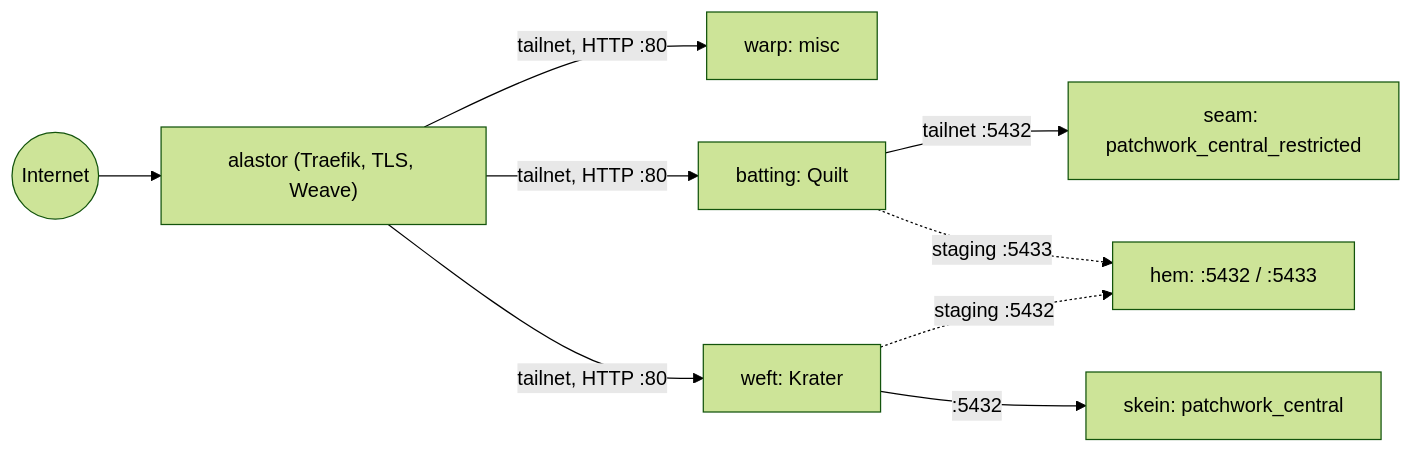
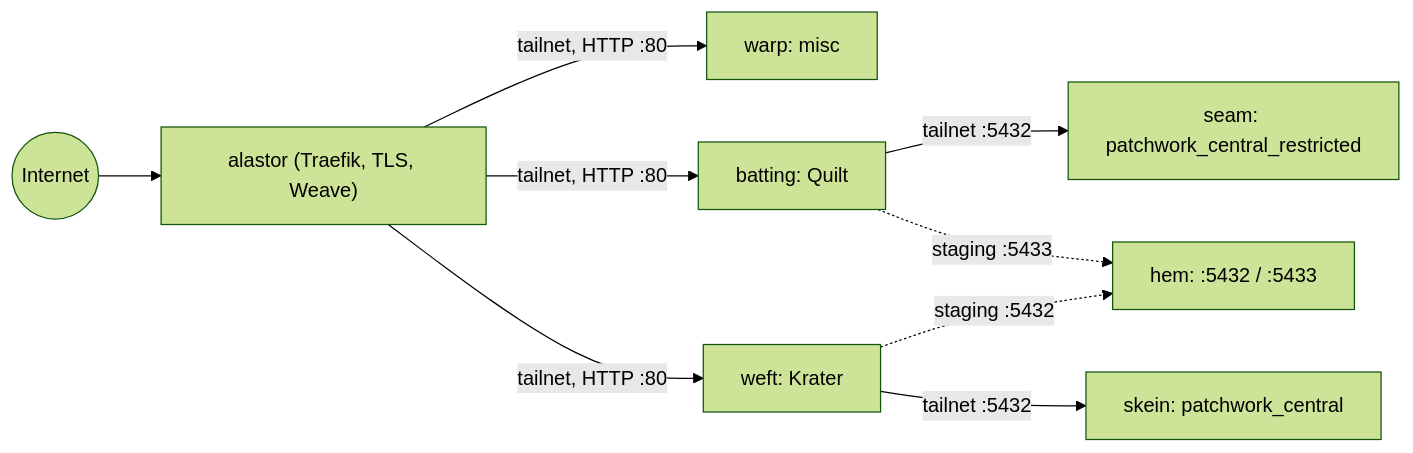
The first of 4 diagrams in README.md (patchworklabsorg/infra), drawn with Mermaid (forest theme) before and after one commit. The commit also changed other lines of this file and 3 other files, not shown here.

````diff
--- a/README.md
+++ b/README.md
@@ -57,11 +57,11 @@
 ```mermaid
 flowchart LR
   internet((Internet)) --> alastor["alastor (Traefik, TLS, Weave)"]
   alastor -- "tailnet, HTTP :80" --> warp["warp: misc"]
   alastor -- "tailnet, HTTP :80" --> batting["batting: Quilt"]
   alastor -- "tailnet, HTTP :80" --> weft["weft: Krater"]
-  weft -- ":5432" --> skein["skein: patchwork_central"]
+  weft -- "tailnet :5432" --> skein["skein: patchwork_central"]
   batting -- "tailnet :5432" --> seam["seam: patchwork_central_restricted"]
   batting -. "staging :5433" .-> hem["hem: :5432 / :5433"]
   weft -. "staging :5432" .-> hem
 ```
````
